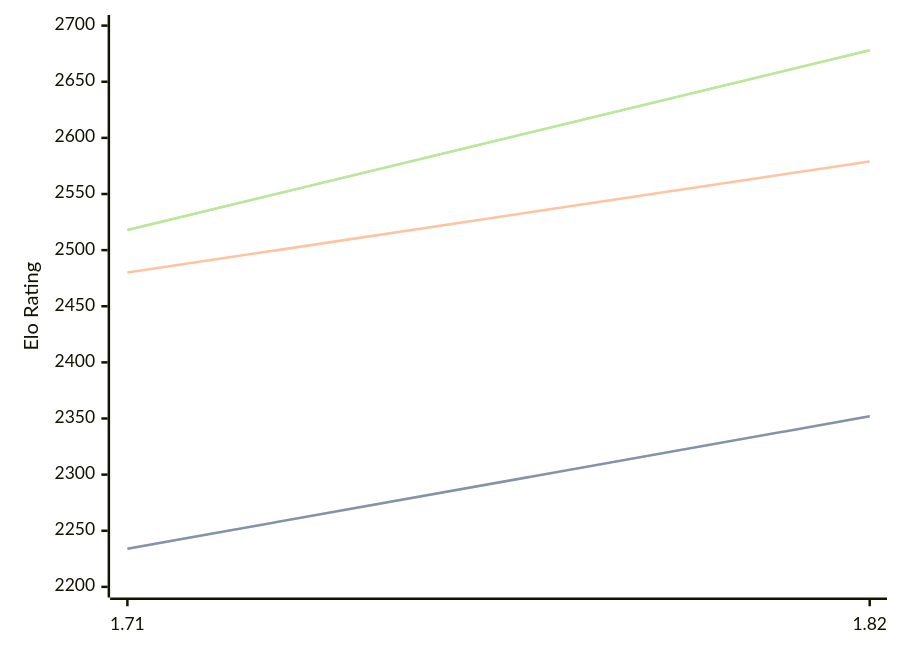
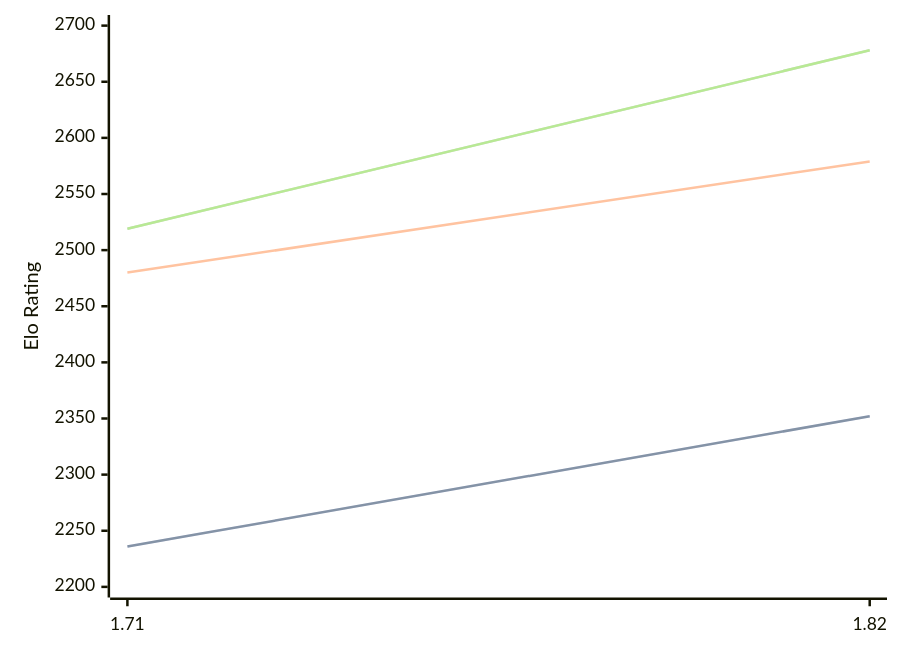
One commit to computer-chess-index/cci changed the diagram in engines/Amira.md. Above: the diagram before and after it, drawn with Mermaid. The commit also changed other lines of this file, not shown here.

Commit message:
Update CCI Ratings (ELO VLTC) - 2026-02-18

````diff
--- a/engines/Amira.md
+++ b/engines/Amira.md
@@ -32,11 +32,11 @@
 ```mermaid
 %%{init: {"theme":"base","themeVariables":{"seriesColors:['#a3a3a3','#222221','#faa371']}}}%%
 xychart-beta
   x-axis ["1.71", "1.82"]
   y-axis "Elo Rating" 2200 --> 2700
-  line "STC (8.0+0.08s)" [2234, 2352]
-  line "STC (8.0+0.08s)" [2234, 2352]
+  line "STC (8.0+0.08s)" [2236, 2352]
+  line "STC (8.0+0.08s)" [2236, 2352]
   line "LTC (60.0+0.60s)" [2480, 2579]
-  line "VLTC (2m24s+1.12s)" [2518, 2678]
-  line "VLTC (2m24s+1.12s)" [2518, 2678]
+  line "VLTC (2m24s+1.12s)" [2519, 2678]
+  line "VLTC (2m24s+1.12s)" [2519, 2678]
 ```
````
